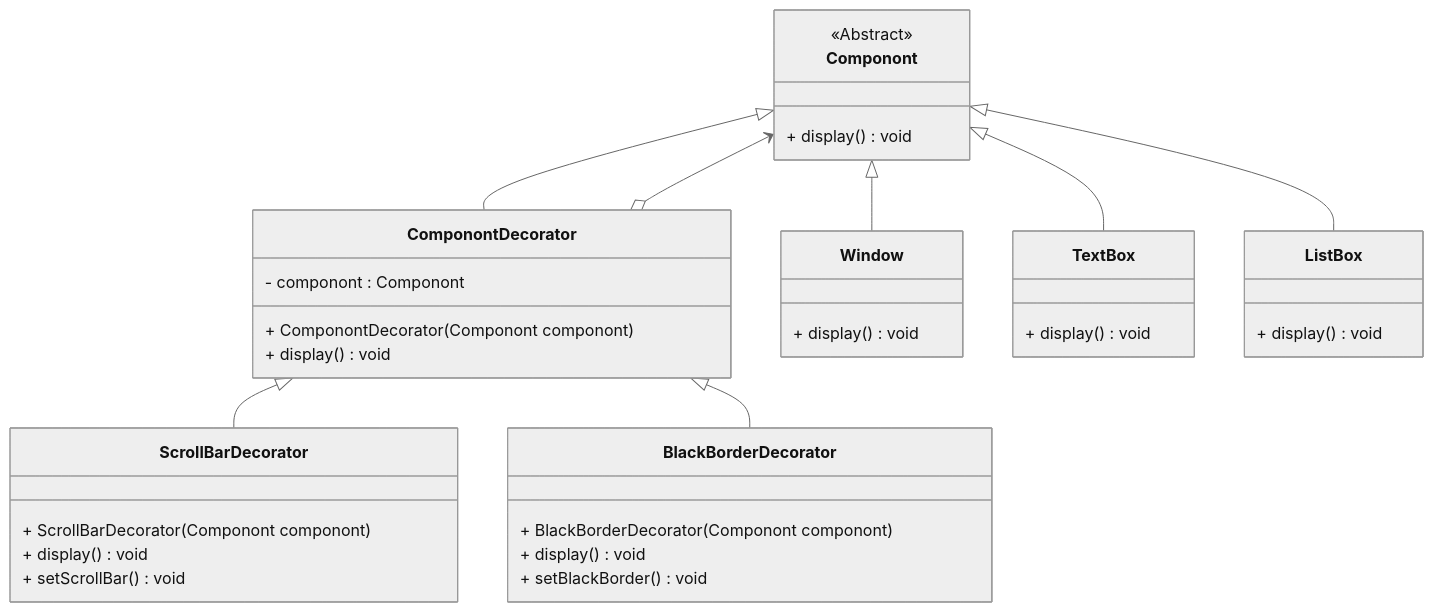
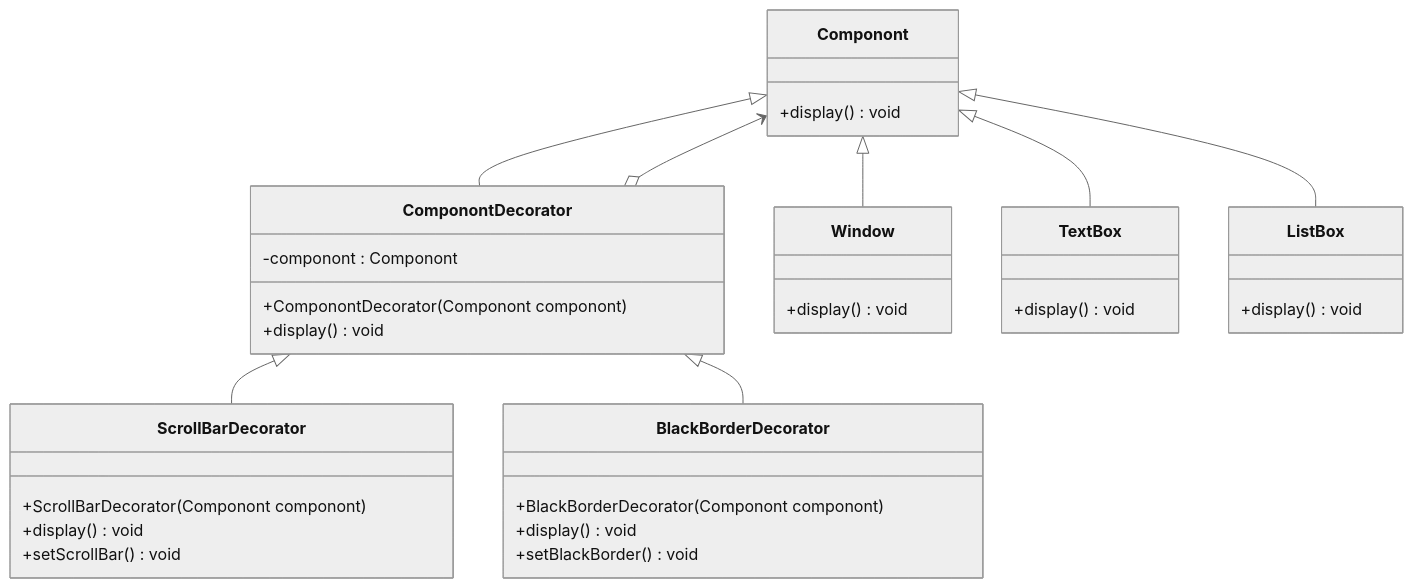
The diagram in docs/_posts/2024-12-22-decorator-pattern.md (guo-sj/guo-sj.github.io), drawn with Mermaid (neutral theme) before and after one commit. The commit also changed other lines of this file, not shown here.

Commit message:
[post] update the post <decorator pattern>

```diff
--- a/docs/_posts/2024-12-22-decorator-pattern.md
+++ b/docs/_posts/2024-12-22-decorator-pattern.md
@@ -12,46 +12,37 @@
 <div class="mermaid">
 classDiagram
-
-class Componont {
-    <<Abstract>>
-    + display() void
-}
-
-class ComponontDecorator {
-    - componont : Componont
-    + ComponontDecorator(Componont componont)
-    + display() void
-}
-
-Componont <|-- Window
-Componont <|-- TextBox
-Componont <|-- ListBox
-Componont <|-- ComponontDecorator
-Componont <--o ComponontDecorator
-ComponontDecorator <|-- ScrollBarDecorator
-ComponontDecorator <|-- BlackBorderDecorator
-
-class ScrollBarDecorator {
-    + ScrollBarDecorator(Componont componont)
-    + display() void
-    + setScrollBar() void
-}
-
-class BlackBorderDecorator {
-    + BlackBorderDecorator(Componont componont)
-    + display() void
-    + setBlackBorder() void
-}
-
-class Window {
-    + display() void
-}
-
-class TextBox {
-    + display() void
-}
-
-class ListBox {
-    + display() void
-}
+    class Componont {
+        +display() void
+    }
+    class ComponontDecorator {
+        -componont : Componont
+        +ComponontDecorator(Componont componont)
+        +display() void
+    }
+    Componont <|-- Window
+    Componont <|-- TextBox
+    Componont <|-- ListBox
+    Componont <|-- ComponontDecorator
+    Componont <--o ComponontDecorator
+    ComponontDecorator <|-- ScrollBarDecorator
+    ComponontDecorator <|-- BlackBorderDecorator
+    class ScrollBarDecorator {
+        +ScrollBarDecorator(Componont componont)
+        +display() void
+        +setScrollBar() void
+    }
+    class BlackBorderDecorator {
+        +BlackBorderDecorator(Componont componont)
+        +display() void
+        +setBlackBorder() void
+    }
+    class Window {
+        +display() void
+    }
+    class TextBox {
+        +display() void
+    }
+    class ListBox {
+        +display() void
+    }
 </div>
```
